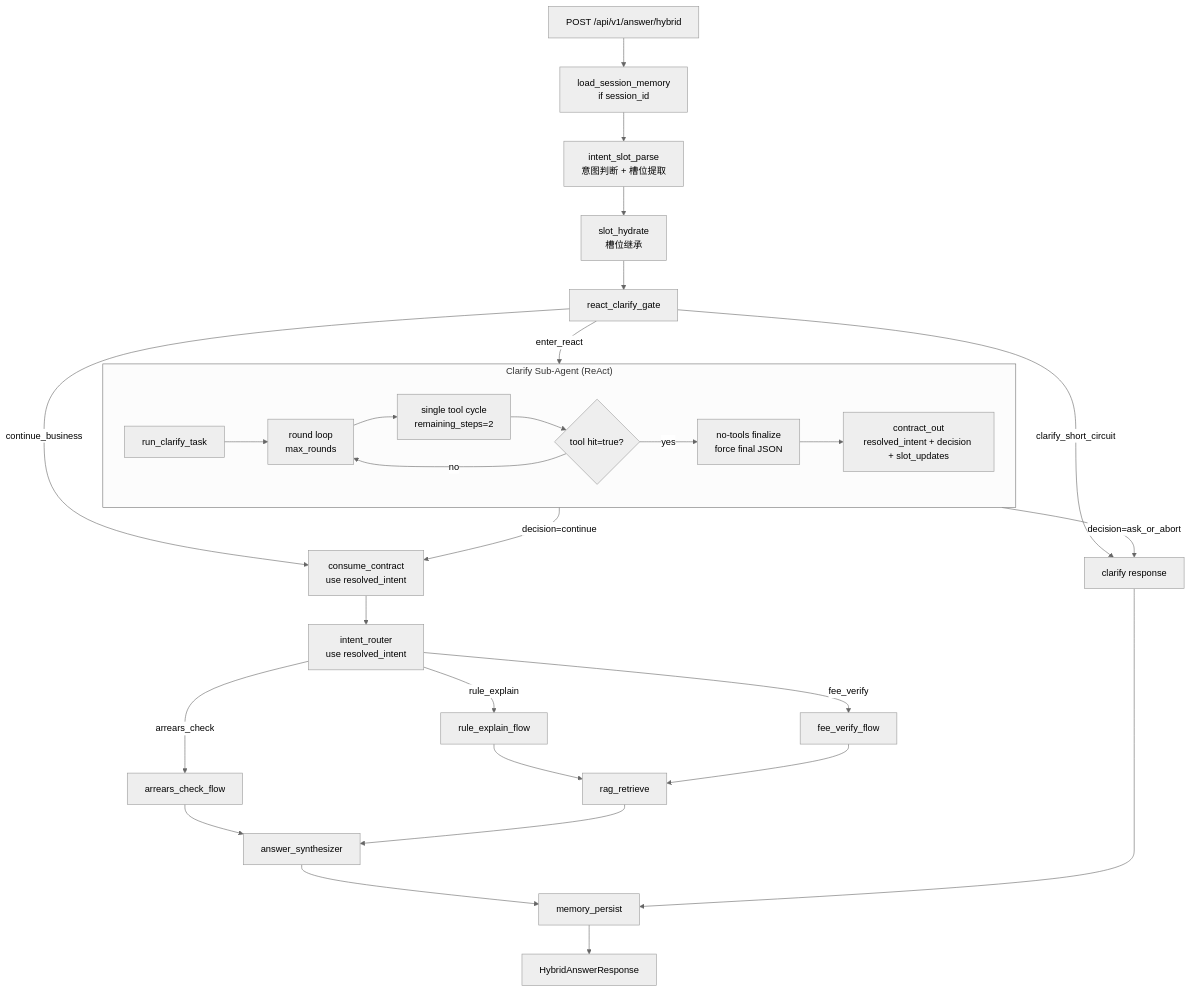
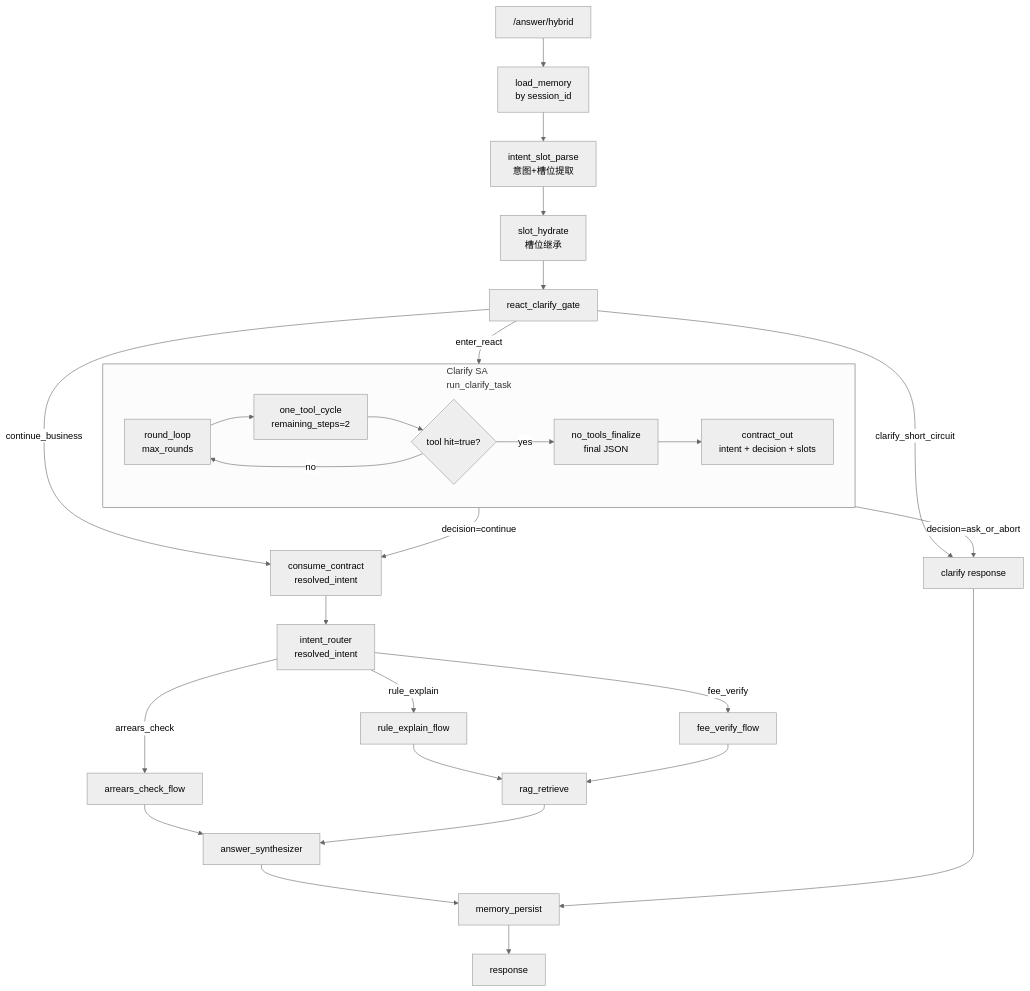
One commit to newgpp/agent-parksuit changed the diagram in README.md. Above: the diagram before and after it, drawn with Mermaid (neutral theme).

Commit message:
docs: simplify clarify mermaid subgraph labels

````diff
--- a/README.md
+++ b/README.md
@@ -14,37 +14,36 @@
 ```mermaid
 flowchart TD
-    A["POST /api/v1/answer/hybrid"] --> M["load_session_memory<br/>if session_id"]
-    M --> P1["intent_slot_parse<br/>意图判断 + 槽位提取"]
+    A["/answer/hybrid"] --> M["load_memory<br/>by session_id"]
+    M --> P1["intent_slot_parse<br/>意图+槽位提取"]
     P1 --> P2["slot_hydrate<br/>槽位继承"]
     P2 --> GATE["react_clarify_gate"]
 
-    subgraph SA["Clarify Sub-Agent (ReAct)"]
-      R0["run_clarify_task"]
-      R1["round loop<br/>max_rounds"]
-      R11["single tool cycle<br/>remaining_steps=2"]
+    subgraph SA["Clarify SA<br/>run_clarify_task"]
+      R1["round_loop<br/>max_rounds"]
+      R11["one_tool_cycle<br/>remaining_steps=2"]
       R12{"tool hit=true?"}
-      R13["no-tools finalize<br/>force final JSON"]
-      R2["contract_out<br/>resolved_intent + decision + slot_updates"]
-      R0 --> R1 --> R11 --> R12
+      R13["no_tools_finalize<br/>final JSON"]
+      R2["contract_out<br/>intent + decision + slots"]
+      R1 --> R11 --> R12
       R12 -->|yes| R13 --> R2
       R12 -->|no| R1
     end
 
     GATE -->|clarify_short_circuit| X["clarify response"]
     GATE -->|enter_react| SA
     SA -->|decision=ask_or_abort| X
-    SA -->|decision=continue| COUT["consume_contract<br/>use resolved_intent"]
+    SA -->|decision=continue| COUT["consume_contract<br/>resolved_intent"]
     GATE -->|continue_business| COUT
-    COUT --> B["intent_router<br/>use resolved_intent"]
+    COUT --> B["intent_router<br/>resolved_intent"]
     B -->|rule_explain| C["rule_explain_flow"]
     B -->|arrears_check| D["arrears_check_flow"]
     B -->|fee_verify| E["fee_verify_flow"]
 
     C --> F["rag_retrieve"]
     E --> F
     D --> SYN["answer_synthesizer"]
     F --> SYN
     SYN --> MP["memory_persist"]
     X --> MP
-    MP --> H["HybridAnswerResponse"]
+    MP --> H["response"]
 ```
````
